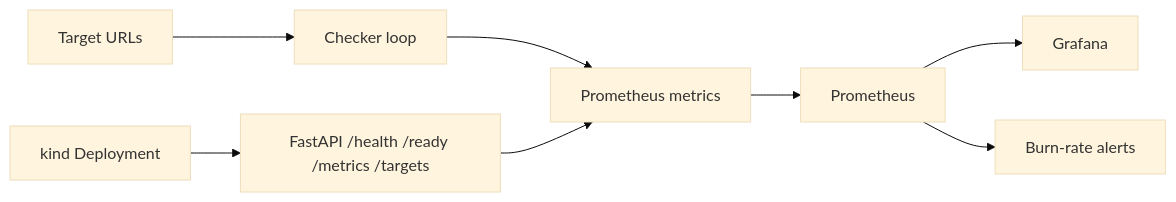
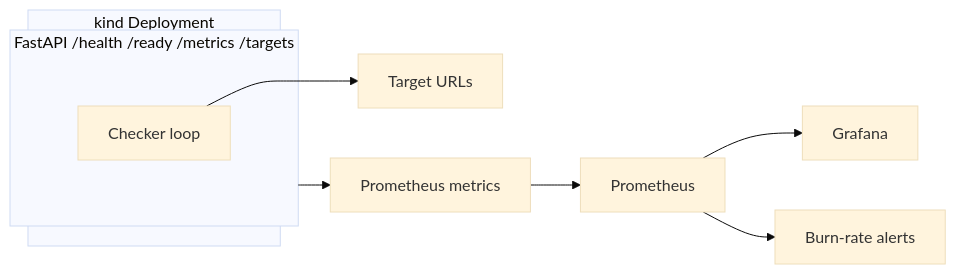
One commit to dardan-hoxhaj/reliability-lab changed the diagram in README.md. Above: the diagram before and after it, drawn with Mermaid (base theme). The commit also changed other lines of this file and 4 other files, not shown here.

First line of the commit message:
Fix architecture diagram, README, and PrometheusRule alerts

````diff
--- a/README.md
+++ b/README.md
@@ -18,10 +18,13 @@
 ```mermaid
 flowchart LR
-  targets[Target URLs] --> checker[Checker loop]
-  checker --> metrics[Prometheus metrics]
-  api[FastAPI /health /ready /metrics /targets] --> metrics
+  subgraph k8s[kind Deployment]
+    subgraph api["FastAPI /health /ready /metrics /targets"]
+      checker[Checker loop]
+    end
+  end
+  checker --> targets[Target URLs]
+  api --> metrics[Prometheus metrics]
   metrics --> prom[Prometheus]
   prom --> grafana[Grafana]
   prom --> alerts[Burn-rate alerts]
-  k8s[kind Deployment] --> api
 ```
````
